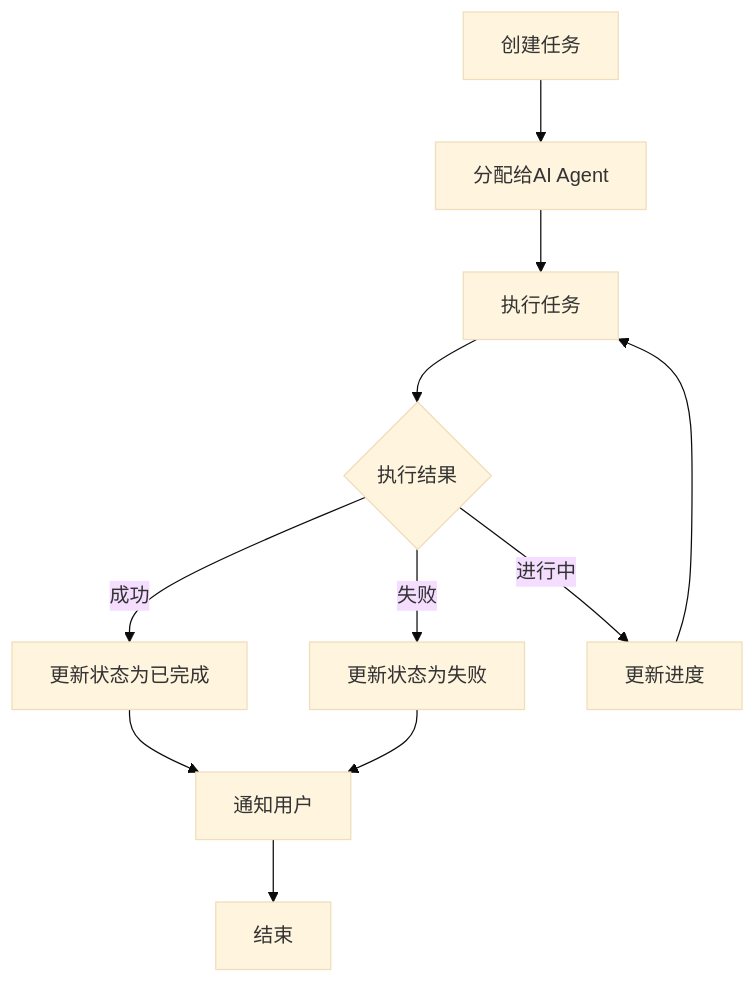
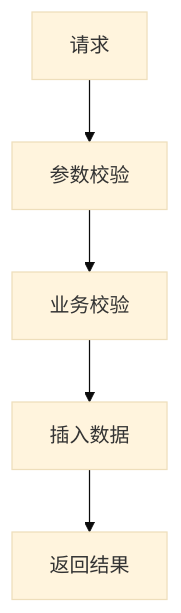
The second of 3 diagrams in 历史文档/业务流程图.md (snecjk/sclaw), drawn with Mermaid (base theme) before and after one commit. The commit also changed other lines of this file and 7 other files, not shown here.

````diff
--- a/历史文档/业务流程图.md
+++ b/历史文档/业务流程图.md
@@ -85,13 +12,7 @@
 ```mermaid
 graph TD
-    A[创建任务] --> B[分配给AI Agent]
-    B --> C[执行任务]
-    C --> D{执行结果}
-    D -->|成功| E[更新状态为已完成]
-    D -->|失败| F[更新状态为失败]
-    D -->|进行中| G[更新进度]
-    G --> C
-    E --> H[通知用户]
-    F --> H
-    H --> I[结束]
+    A[请求] --> B[参数校验]
+    B --> C[业务校验]
+    C --> D[插入数据]
+    D --> E[返回结果]
 ```
````
